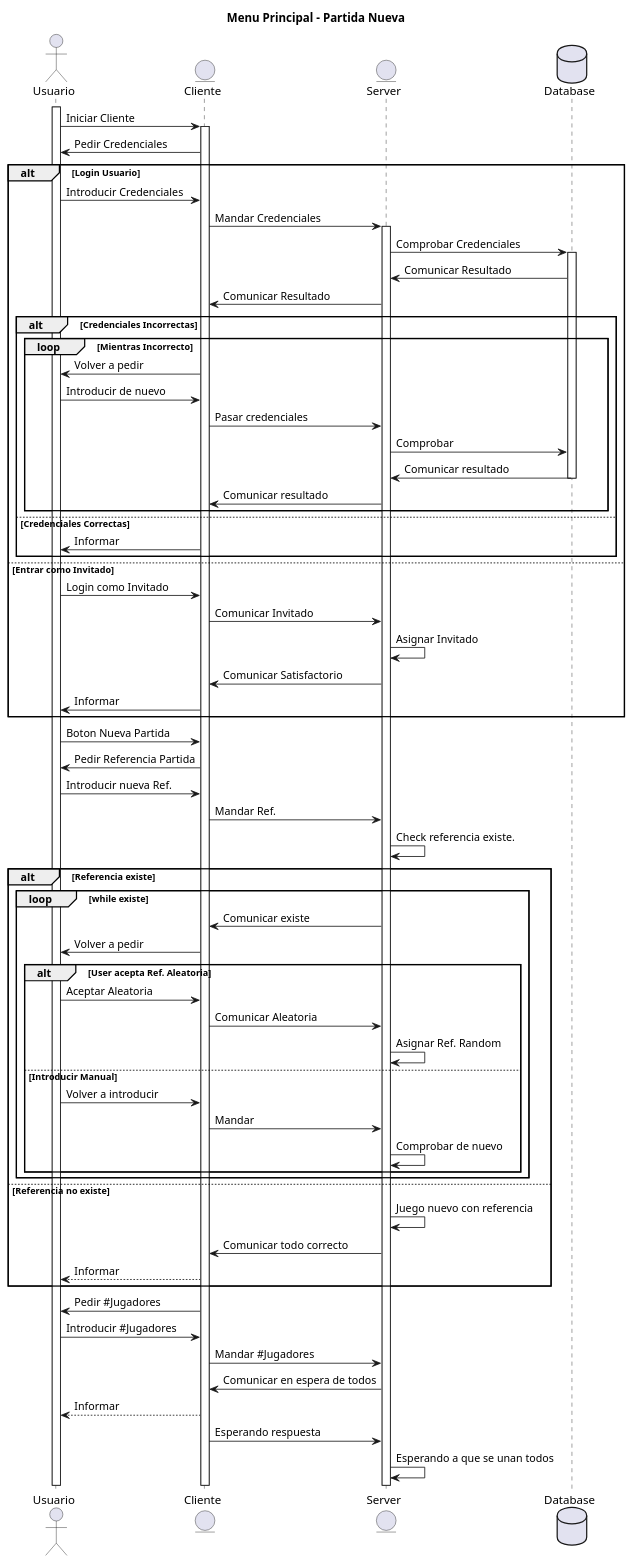
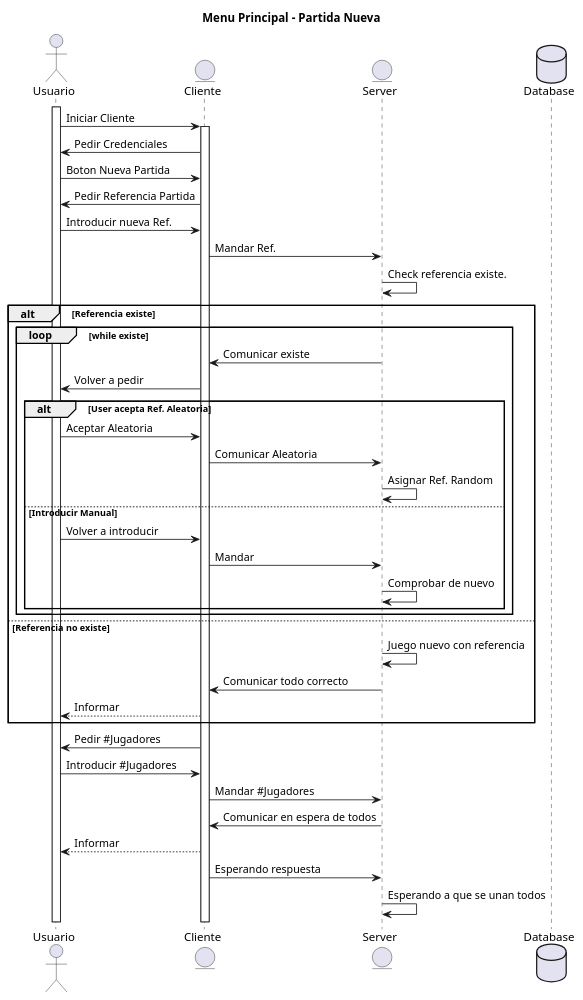
The diagram in Programas/Poker_Server/src/diagramas/nueva_partida.puml (ruanzhijun/online-poker-texas-hold-em), drawn with PlantUML before and after one commit. The commit also changed 2 other files, not shown here.

Commit message:
Moviendo la parte de Login que es comun a casi todos los menus a su propio diagrama de secuencia.

```diff
--- a/Programas/Poker_Server/src/diagramas/nueva_partida.puml
+++ b/Programas/Poker_Server/src/diagramas/nueva_partida.puml
@@ -1,80 +1,49 @@
 @startuml
 title Menu Principal - Partida Nueva
 actor Usuario
 entity Cliente
 entity Server
 database Database
 
 activate Usuario
 Usuario->Cliente: Iniciar Cliente
 
 activate Cliente
 Cliente->Usuario: Pedir Credenciales
-
-alt Login Usuario
-Usuario->Cliente: Introducir Credenciales
-Cliente->Server: Mandar Credenciales
-activate Server
-Server->Database: Comprobar Credenciales
-activate Database
-Database->Server: Comunicar Resultado
-Server->Cliente: Comunicar Resultado
-
-alt Credenciales Incorrectas
-loop Mientras Incorrecto
-Cliente->Usuario: Volver a pedir
-Usuario->Cliente: Introducir de nuevo
-Cliente->Server: Pasar credenciales
-Server->Database: Comprobar
-Database->Server: Comunicar resultado
-deactivate Database
-Server->Cliente: Comunicar resultado
-end
-else Credenciales Correctas
-Cliente->Usuario: Informar
-end
-else Entrar como Invitado
-Usuario->Cliente: Login como Invitado
-Cliente->Server: Comunicar Invitado
-Server->Server: Asignar Invitado
-Server->Cliente: Comunicar Satisfactorio
-Cliente->Usuario: Informar
-end
-
 Usuario->Cliente: Boton Nueva Partida
 Cliente->Usuario: Pedir Referencia Partida
 Usuario->Cliente: Introducir nueva Ref.
 Cliente->Server: Mandar Ref.
 Server->Server: Check referencia existe.
 alt Referencia existe
 loop while existe
 Server->Cliente: Comunicar existe
 Cliente->Usuario: Volver a pedir
 
 alt User acepta Ref. Aleatoria
 Usuario->Cliente: Aceptar Aleatoria
 Cliente->Server: Comunicar Aleatoria
 Server->Server: Asignar Ref. Random
 else Introducir Manual
 
 Usuario->Cliente: Volver a introducir
 Cliente->Server: Mandar
 Server->Server: Comprobar de nuevo
 end
 end
 else Referencia no existe
 Server->Server: Juego nuevo con referencia
 Server->Cliente: Comunicar todo correcto
 Cliente-->Usuario: Informar
 end
 
 Cliente->Usuario: Pedir #Jugadores
 Usuario->Cliente: Introducir #Jugadores
 Cliente->Server: Mandar #Jugadores
 
 Server->Cliente: Comunicar en espera de todos
 Cliente-->Usuario: Informar
 
 Cliente->Server: Esperando respuesta
 Server->Server: Esperando a que se unan todos
 @enduml
```
